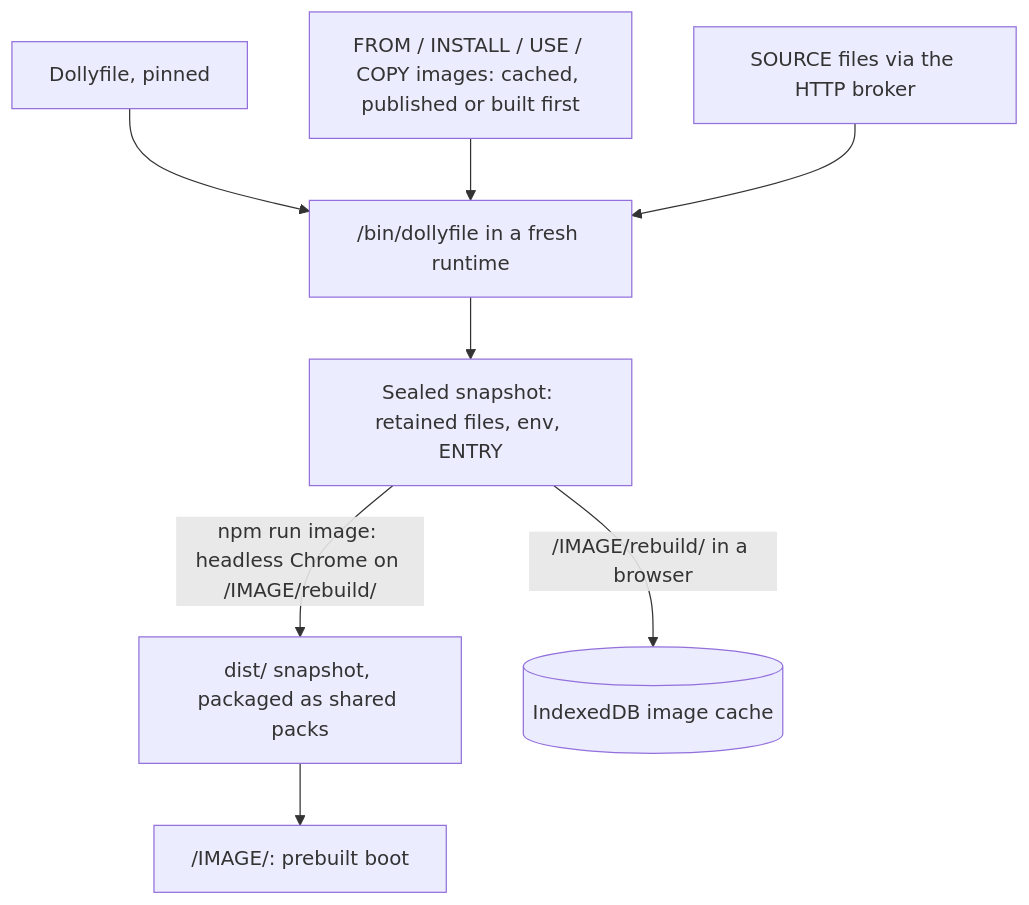
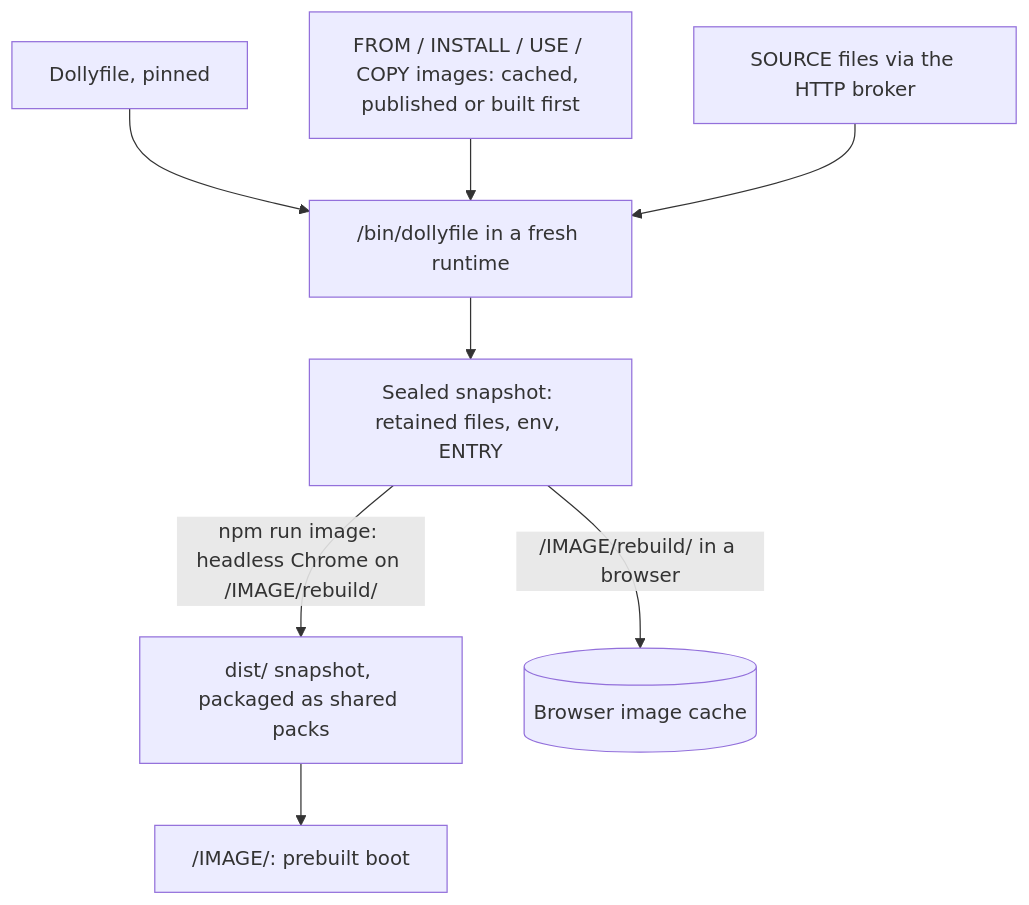
Before and after one commit to daugasauron/dolly: the diagram in docs/dollyfile.md, drawn with Mermaid. The commit also changed 3 other files, not shown here.

Commit message:
Docs: the image cache's files and its least-recently-used eviction

````diff
--- a/docs/dollyfile.md
+++ b/docs/dollyfile.md
@@ -358,10 +358,10 @@
 ```mermaid
 flowchart TD
   recipe["Dollyfile, pinned"] --> exec
   bases["FROM / INSTALL / USE / COPY images: cached, published or built first"] --> exec
   inputs["SOURCE files via the HTTP broker"] --> exec
   exec["/bin/dollyfile in a fresh runtime"] --> snap["Sealed snapshot: retained files, env, ENTRY"]
   snap -- "npm run image: headless Chrome on /IMAGE/rebuild/" --> packs["dist/ snapshot, packaged as shared packs"]
-  snap -- "/IMAGE/rebuild/ in a browser" --> cache[("IndexedDB image cache")]
+  snap -- "/IMAGE/rebuild/ in a browser" --> cache[("Browser image cache")]
   packs --> boot["/IMAGE/: prebuilt boot"]
 ```
````
